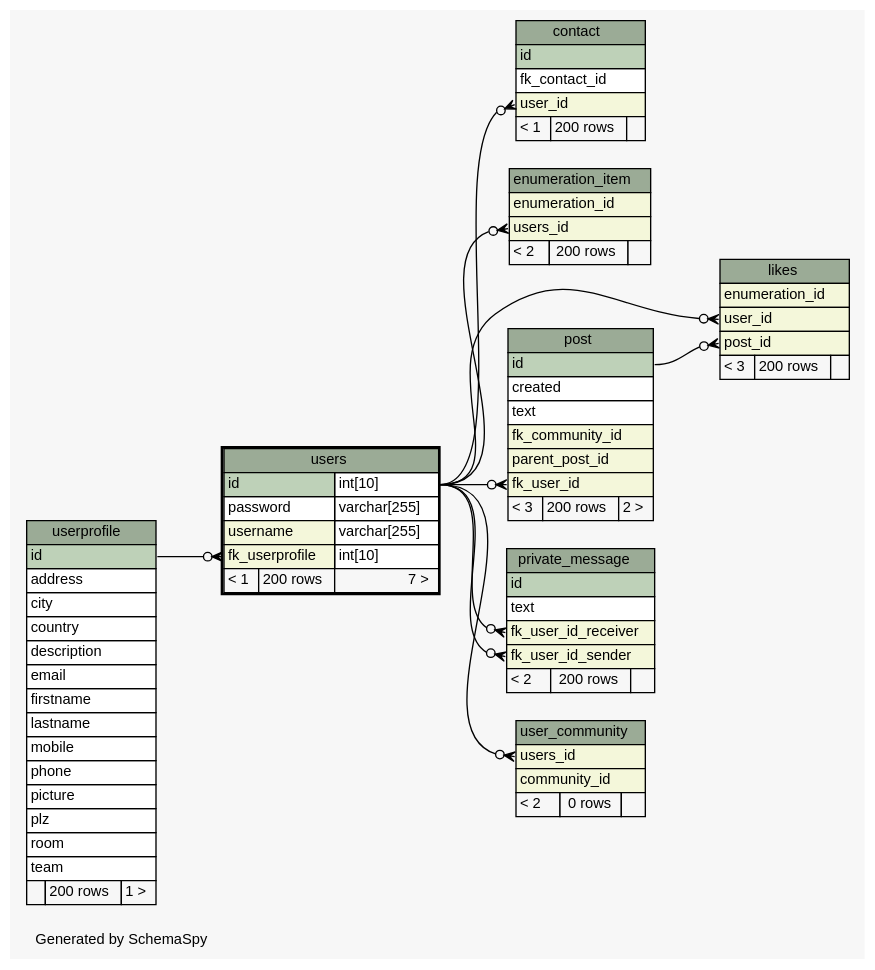
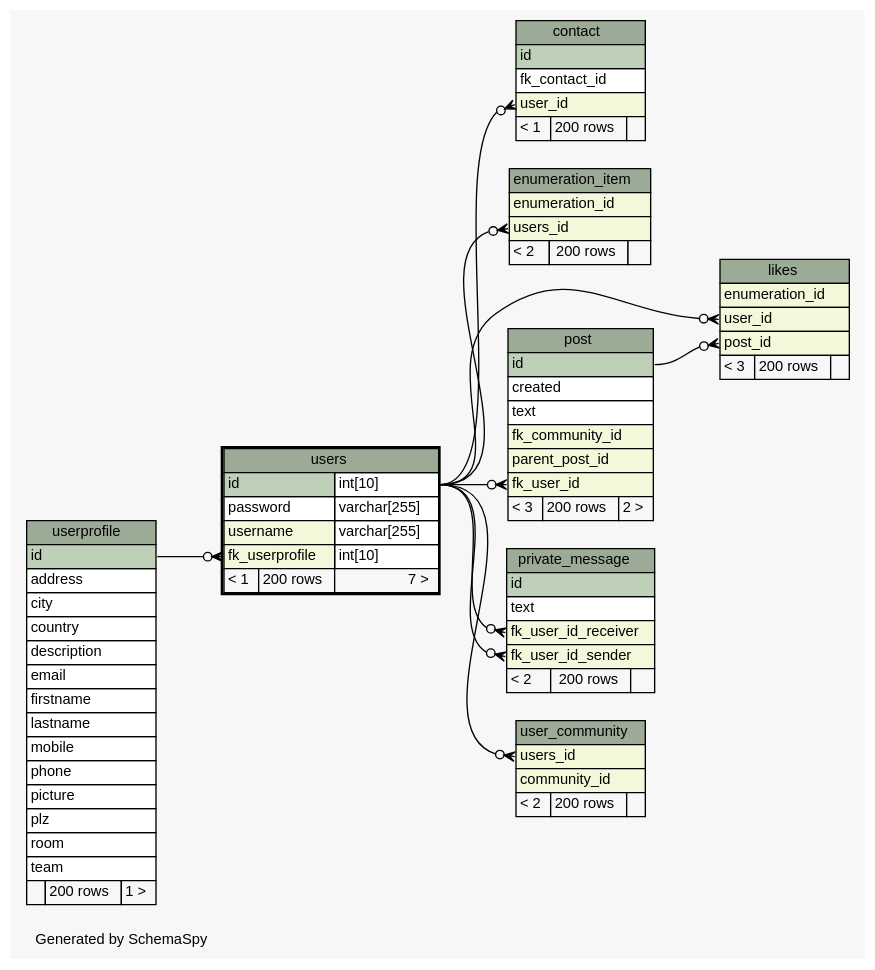
One commit to chr-krenn/chr-krenn-fhj-ws2017-sd17-pse changed the diagram in doc/db_schema/diagrams/users.1degree.dot. Above: the diagram before and after it, drawn with Graphviz. The commit also changed 52 other files, not shown here.

```diff
--- a/doc/db_schema/diagrams/users.1degree.dot
+++ b/doc/db_schema/diagrams/users.1degree.dot
@@ -1,141 +1,141 @@
 // dot 2.40.1 on Linux 4.12.5-300.fc26.x86_64
 // SchemaSpy rev 590
 digraph "oneDegreeRelationshipsDiagram" {
   graph [
     rankdir="RL"
     bgcolor="#f7f7f7"
     label="\nGenerated by SchemaSpy"
     labeljust="l"
     nodesep="0.18"
     ranksep="0.46"
     fontname="Helvetica"
     fontsize="11"
   ];
   node [
     fontname="Helvetica"
     fontsize="11"
     shape="plaintext"
   ];
   edge [
     arrowsize="0.8"
   ];
   "contact":"user_id":w -> "users":"id.type":e [arrowhead=none dir=back arrowtail=crowodot];
   "enumeration_item":"users_id":w -> "users":"id.type":e [arrowhead=none dir=back arrowtail=crowodot];
   "likes":"post_id":w -> "post":"id":e [arrowhead=none dir=back arrowtail=crowodot];
   "likes":"user_id":w -> "users":"id.type":e [arrowhead=none dir=back arrowtail=crowodot];
   "post":"fk_user_id":w -> "users":"id.type":e [arrowhead=none dir=back arrowtail=crowodot];
   "private_message":"fk_user_id_receiver":w -> "users":"id.type":e [arrowhead=none dir=back arrowtail=crowodot];
   "private_message":"fk_user_id_sender":w -> "users":"id.type":e [arrowhead=none dir=back arrowtail=crowodot];
   "user_community":"users_id":w -> "users":"id.type":e [arrowhead=none dir=back arrowtail=crowodot];
   "users":"fk_userprofile":w -> "userprofile":"id":e [arrowhead=none dir=back arrowtail=crowodot];
   "contact" [
     label=<
     <TABLE BORDER="0" CELLBORDER="1" CELLSPACING="0" BGCOLOR="#ffffff">
       <TR><TD COLSPAN="3" BGCOLOR="#9bab96" ALIGN="CENTER">contact</TD></TR>
       <TR><TD PORT="id" COLSPAN="3" BGCOLOR="#bed1b8" ALIGN="LEFT">id</TD></TR>
       <TR><TD PORT="fk_contact_id" COLSPAN="3" ALIGN="LEFT">fk_contact_id</TD></TR>
       <TR><TD PORT="user_id" COLSPAN="3" BGCOLOR="#f4f7da" ALIGN="LEFT">user_id</TD></TR>
       <TR><TD ALIGN="LEFT" BGCOLOR="#f7f7f7">&lt; 1</TD><TD ALIGN="RIGHT" BGCOLOR="#f7f7f7">200 rows</TD><TD ALIGN="RIGHT" BGCOLOR="#f7f7f7">  </TD></TR>
     </TABLE>>
     URL="contact.html"
     tooltip="contact"
   ];
   "enumeration_item" [
     label=<
     <TABLE BORDER="0" CELLBORDER="1" CELLSPACING="0" BGCOLOR="#ffffff">
       <TR><TD COLSPAN="3" BGCOLOR="#9bab96" ALIGN="CENTER">enumeration_item</TD></TR>
       <TR><TD PORT="enumeration_id" COLSPAN="3" BGCOLOR="#f4f7da" ALIGN="LEFT">enumeration_id</TD></TR>
       <TR><TD PORT="users_id" COLSPAN="3" BGCOLOR="#f4f7da" ALIGN="LEFT">users_id</TD></TR>
       <TR><TD ALIGN="LEFT" BGCOLOR="#f7f7f7">&lt; 2</TD><TD ALIGN="RIGHT" BGCOLOR="#f7f7f7">200 rows</TD><TD ALIGN="RIGHT" BGCOLOR="#f7f7f7">  </TD></TR>
     </TABLE>>
     URL="enumeration_item.html"
     tooltip="enumeration_item"
   ];
   "likes" [
     label=<
     <TABLE BORDER="0" CELLBORDER="1" CELLSPACING="0" BGCOLOR="#ffffff">
       <TR><TD COLSPAN="3" BGCOLOR="#9bab96" ALIGN="CENTER">likes</TD></TR>
       <TR><TD PORT="enumeration_id" COLSPAN="3" BGCOLOR="#f4f7da" ALIGN="LEFT">enumeration_id</TD></TR>
       <TR><TD PORT="user_id" COLSPAN="3" BGCOLOR="#f4f7da" ALIGN="LEFT">user_id</TD></TR>
       <TR><TD PORT="post_id" COLSPAN="3" BGCOLOR="#f4f7da" ALIGN="LEFT">post_id</TD></TR>
       <TR><TD ALIGN="LEFT" BGCOLOR="#f7f7f7">&lt; 3</TD><TD ALIGN="RIGHT" BGCOLOR="#f7f7f7">200 rows</TD><TD ALIGN="RIGHT" BGCOLOR="#f7f7f7">  </TD></TR>
     </TABLE>>
     URL="likes.html"
     tooltip="likes"
   ];
   "post" [
     label=<
     <TABLE BORDER="0" CELLBORDER="1" CELLSPACING="0" BGCOLOR="#ffffff">
       <TR><TD COLSPAN="3" BGCOLOR="#9bab96" ALIGN="CENTER">post</TD></TR>
       <TR><TD PORT="id" COLSPAN="3" BGCOLOR="#bed1b8" ALIGN="LEFT">id</TD></TR>
       <TR><TD PORT="created" COLSPAN="3" ALIGN="LEFT">created</TD></TR>
       <TR><TD PORT="text" COLSPAN="3" ALIGN="LEFT">text</TD></TR>
       <TR><TD PORT="fk_community_id" COLSPAN="3" BGCOLOR="#f4f7da" ALIGN="LEFT">fk_community_id</TD></TR>
       <TR><TD PORT="parent_post_id" COLSPAN="3" BGCOLOR="#f4f7da" ALIGN="LEFT">parent_post_id</TD></TR>
       <TR><TD PORT="fk_user_id" COLSPAN="3" BGCOLOR="#f4f7da" ALIGN="LEFT">fk_user_id</TD></TR>
       <TR><TD ALIGN="LEFT" BGCOLOR="#f7f7f7">&lt; 3</TD><TD ALIGN="RIGHT" BGCOLOR="#f7f7f7">200 rows</TD><TD ALIGN="RIGHT" BGCOLOR="#f7f7f7">2 &gt;</TD></TR>
     </TABLE>>
     URL="post.html"
     tooltip="post"
   ];
   "private_message" [
     label=<
     <TABLE BORDER="0" CELLBORDER="1" CELLSPACING="0" BGCOLOR="#ffffff">
       <TR><TD COLSPAN="3" BGCOLOR="#9bab96" ALIGN="CENTER">private_message</TD></TR>
       <TR><TD PORT="id" COLSPAN="3" BGCOLOR="#bed1b8" ALIGN="LEFT">id</TD></TR>
       <TR><TD PORT="text" COLSPAN="3" ALIGN="LEFT">text</TD></TR>
       <TR><TD PORT="fk_user_id_receiver" COLSPAN="3" BGCOLOR="#f4f7da" ALIGN="LEFT">fk_user_id_receiver</TD></TR>
       <TR><TD PORT="fk_user_id_sender" COLSPAN="3" BGCOLOR="#f4f7da" ALIGN="LEFT">fk_user_id_sender</TD></TR>
       <TR><TD ALIGN="LEFT" BGCOLOR="#f7f7f7">&lt; 2</TD><TD ALIGN="RIGHT" BGCOLOR="#f7f7f7">200 rows</TD><TD ALIGN="RIGHT" BGCOLOR="#f7f7f7">  </TD></TR>
     </TABLE>>
     URL="private_message.html"
     tooltip="private_message"
   ];
   "user_community" [
     label=<
     <TABLE BORDER="0" CELLBORDER="1" CELLSPACING="0" BGCOLOR="#ffffff">
       <TR><TD COLSPAN="3" BGCOLOR="#9bab96" ALIGN="CENTER">user_community</TD></TR>
       <TR><TD PORT="users_id" COLSPAN="3" BGCOLOR="#f4f7da" ALIGN="LEFT">users_id</TD></TR>
       <TR><TD PORT="community_id" COLSPAN="3" BGCOLOR="#f4f7da" ALIGN="LEFT">community_id</TD></TR>
-      <TR><TD ALIGN="LEFT" BGCOLOR="#f7f7f7">&lt; 2</TD><TD ALIGN="RIGHT" BGCOLOR="#f7f7f7">0 rows</TD><TD ALIGN="RIGHT" BGCOLOR="#f7f7f7">  </TD></TR>
+      <TR><TD ALIGN="LEFT" BGCOLOR="#f7f7f7">&lt; 2</TD><TD ALIGN="RIGHT" BGCOLOR="#f7f7f7">200 rows</TD><TD ALIGN="RIGHT" BGCOLOR="#f7f7f7">  </TD></TR>
     </TABLE>>
     URL="user_community.html"
     tooltip="user_community"
   ];
   "userprofile" [
     label=<
     <TABLE BORDER="0" CELLBORDER="1" CELLSPACING="0" BGCOLOR="#ffffff">
       <TR><TD COLSPAN="3" BGCOLOR="#9bab96" ALIGN="CENTER">userprofile</TD></TR>
       <TR><TD PORT="id" COLSPAN="3" BGCOLOR="#bed1b8" ALIGN="LEFT">id</TD></TR>
       <TR><TD PORT="address" COLSPAN="3" ALIGN="LEFT">address</TD></TR>
       <TR><TD PORT="city" COLSPAN="3" ALIGN="LEFT">city</TD></TR>
       <TR><TD PORT="country" COLSPAN="3" ALIGN="LEFT">country</TD></TR>
       <TR><TD PORT="description" COLSPAN="3" ALIGN="LEFT">description</TD></TR>
       <TR><TD PORT="email" COLSPAN="3" ALIGN="LEFT">email</TD></TR>
       <TR><TD PORT="firstname" COLSPAN="3" ALIGN="LEFT">firstname</TD></TR>
       <TR><TD PORT="lastname" COLSPAN="3" ALIGN="LEFT">lastname</TD></TR>
       <TR><TD PORT="mobile" COLSPAN="3" ALIGN="LEFT">mobile</TD></TR>
       <TR><TD PORT="phone" COLSPAN="3" ALIGN="LEFT">phone</TD></TR>
       <TR><TD PORT="picture" COLSPAN="3" ALIGN="LEFT">picture</TD></TR>
       <TR><TD PORT="plz" COLSPAN="3" ALIGN="LEFT">plz</TD></TR>
       <TR><TD PORT="room" COLSPAN="3" ALIGN="LEFT">room</TD></TR>
       <TR><TD PORT="team" COLSPAN="3" ALIGN="LEFT">team</TD></TR>
       <TR><TD ALIGN="LEFT" BGCOLOR="#f7f7f7">  </TD><TD ALIGN="RIGHT" BGCOLOR="#f7f7f7">200 rows</TD><TD ALIGN="RIGHT" BGCOLOR="#f7f7f7">1 &gt;</TD></TR>
     </TABLE>>
     URL="userprofile.html"
     tooltip="userprofile"
   ];
   "users" [
     label=<
     <TABLE BORDER="2" CELLBORDER="1" CELLSPACING="0" BGCOLOR="#ffffff">
       <TR><TD COLSPAN="3" BGCOLOR="#9bab96" ALIGN="CENTER">users</TD></TR>
       <TR><TD PORT="id" COLSPAN="2" BGCOLOR="#bed1b8" ALIGN="LEFT">id</TD><TD PORT="id.type" ALIGN="LEFT">int[10]</TD></TR>
       <TR><TD PORT="password" COLSPAN="2" ALIGN="LEFT">password</TD><TD PORT="password.type" ALIGN="LEFT">varchar[255]</TD></TR>
       <TR><TD PORT="username" COLSPAN="2" BGCOLOR="#f4f7da" ALIGN="LEFT">username</TD><TD PORT="username.type" ALIGN="LEFT">varchar[255]</TD></TR>
       <TR><TD PORT="fk_userprofile" COLSPAN="2" BGCOLOR="#f4f7da" ALIGN="LEFT">fk_userprofile</TD><TD PORT="fk_userprofile.type" ALIGN="LEFT">int[10]</TD></TR>
       <TR><TD ALIGN="LEFT" BGCOLOR="#f7f7f7">&lt; 1</TD><TD ALIGN="RIGHT" BGCOLOR="#f7f7f7">200 rows</TD><TD ALIGN="RIGHT" BGCOLOR="#f7f7f7">7 &gt;</TD></TR>
     </TABLE>>
     URL="users.html"
     tooltip="users"
   ];
 }
```
